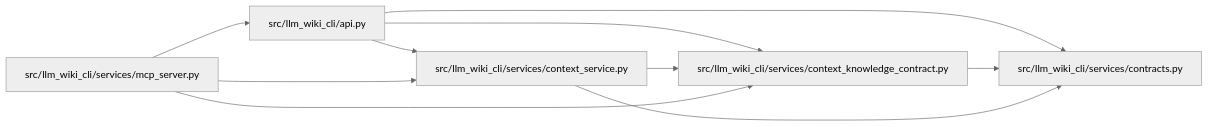
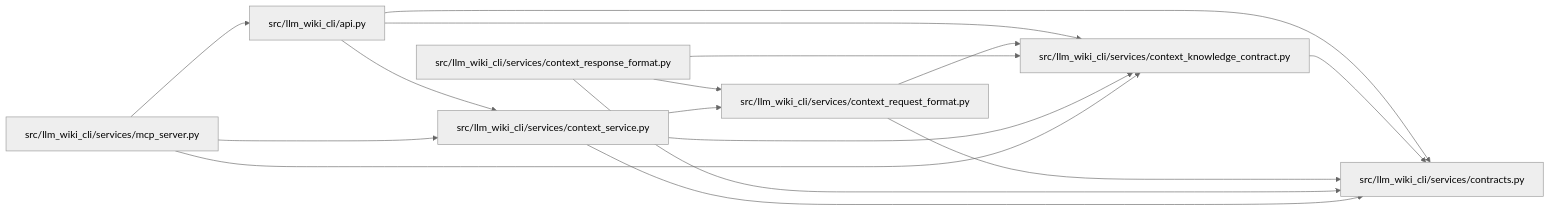
Before and after one commit to Denissvgn/python-wiki-llm: the diagram in docs/llm_wiki/modules/context_knowledge_contract.md, drawn with Mermaid (neutral theme). The commit also changed other lines of this file and 1555 other files, not shown here.

````diff
--- a/docs/llm_wiki/modules/context_knowledge_contract.md
+++ b/docs/llm_wiki/modules/context_knowledge_contract.md
@@ -34,22 +34,32 @@
 ```mermaid
 flowchart LR
     n0["src/llm_wiki_cli/api.py"]
     n1["src/llm_wiki_cli/services/context_knowledge_contract.py"]
-    n2["src/llm_wiki_cli/services/context_service.py"]
-    n3["src/llm_wiki_cli/services/contracts.py"]
-    n4["src/llm_wiki_cli/services/mcp_server.py"]
+    n2["src/llm_wiki_cli/services/context_request_format.py"]
+    n3["src/llm_wiki_cli/services/context_response_format.py"]
+    n4["src/llm_wiki_cli/services/context_service.py"]
+    n5["src/llm_wiki_cli/services/contracts.py"]
+    n6["src/llm_wiki_cli/services/mcp_server.py"]
     n0 --> n1
-    n0 --> n2
-    n0 --> n3
-    n1 --> n3
+    n0 --> n4
+    n0 --> n5
+    n1 --> n5
     n2 --> n1
-    n2 --> n3
-    n4 --> n0
+    n2 --> n5
+    n3 --> n1
+    n3 --> n2
+    n3 --> n5
     n4 --> n1
     n4 --> n2
+    n4 --> n5
+    n6 --> n0
+    n6 --> n1
+    n6 --> n4
     click n0 "../modules/api.md"
     click n1 "../modules/context_knowledge_contract.md"
-    click n2 "../modules/context_service.md"
-    click n3 "../modules/services_contracts.md"
-    click n4 "../modules/mcp_server.md"
+    click n2 "../modules/context_request_format.md"
+    click n3 "../modules/context_response_format.md"
+    click n4 "../modules/context_service.md"
+    click n5 "../modules/services_contracts.md"
+    click n6 "../modules/mcp_server.md"
 ```
````
